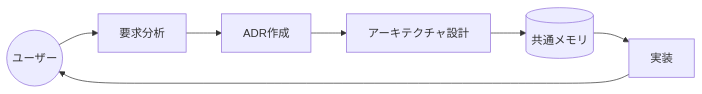
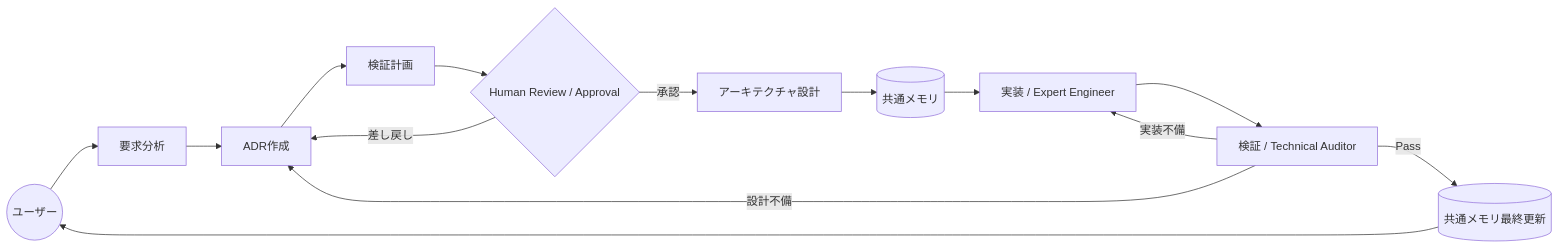
One commit to mezzotokyo/Ollama-Study-docs changed the first of 2 diagrams in docs/standards/development-standard.md. Above: the diagram before and after it, drawn with Mermaid. The commit also changed other lines of this file and 2 other files, not shown here.

````diff
--- a/docs/standards/development-standard.md
+++ b/docs/standards/development-standard.md
@@ -71,9 +78,16 @@
 ```mermaid
 graph LR
     User((ユーザー)) --> A[要求分析]
     A --> B[ADR作成]
-    B --> C[アーキテクチャ設計]
-    C --> F[(共通メモリ)]
-    F --> E[実装]
-    E --> User
+    B --> C[検証計画]
+    C --> D{Human Review / Approval}
+    D -->|承認| E[アーキテクチャ設計]
+    D -->|差し戻し| B
+    E --> F[(共通メモリ)]
+    F --> G[実装 / Expert Engineer]
+    G --> H[検証 / Technical Auditor]
+    H -->|Pass| I[(共通メモリ最終更新)]
+    H -->|実装不備| G
+    H -->|設計不備| B
+    I --> User
 ```
````
